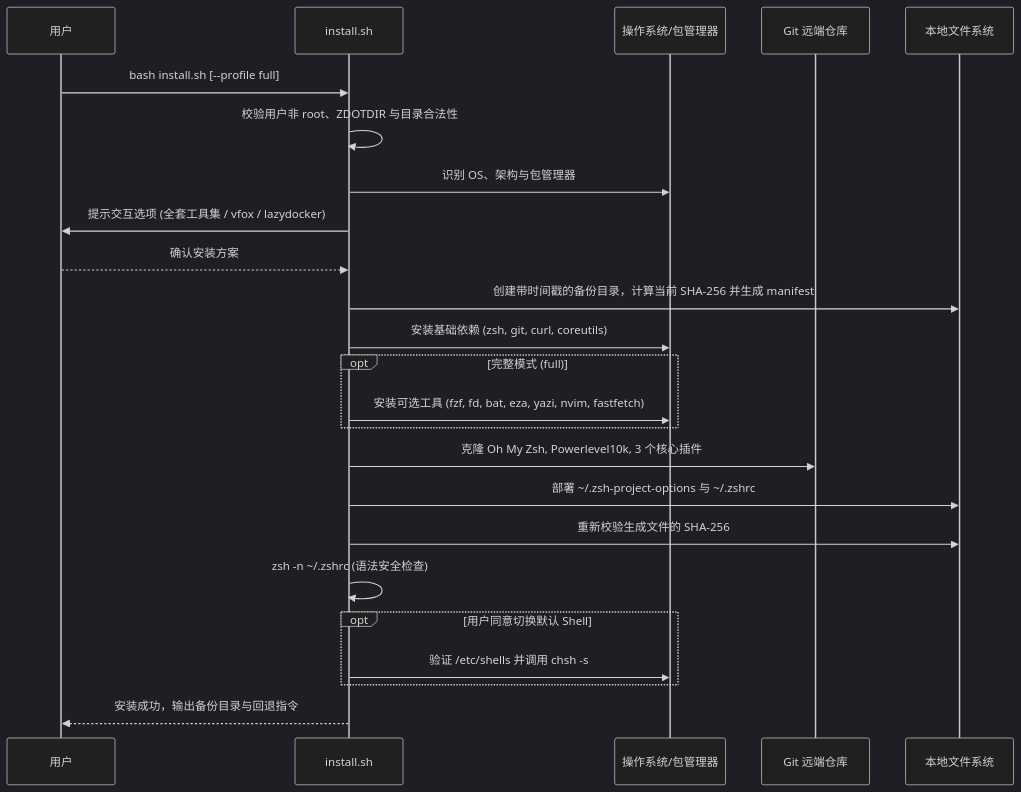
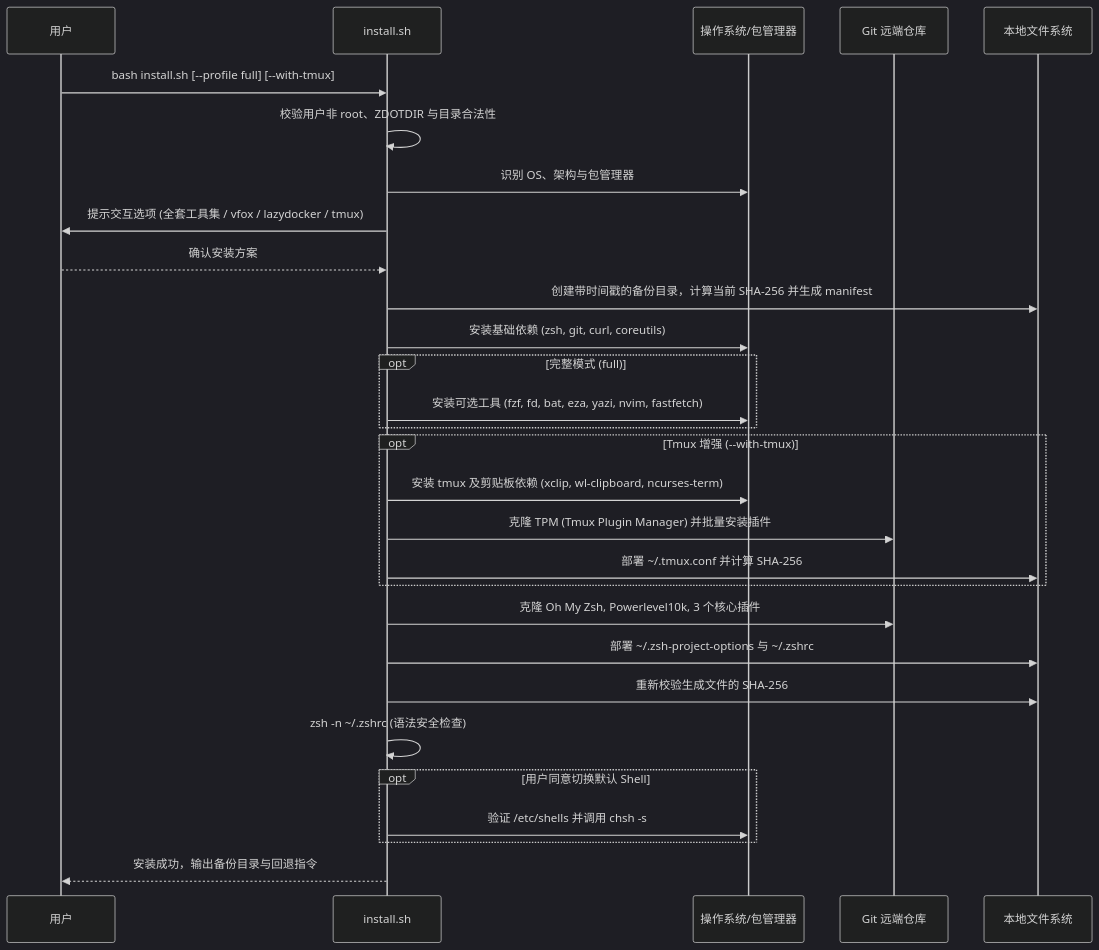
Before and after one commit to vicky-clair/xao_Rui_is-one-lick-configuration-script-for-ZSH: the second of 3 diagrams in DEVELOPMENT.md, drawn with Mermaid (dark theme). The commit also changed other lines of this file and 9 other files, not shown here.

````diff
--- a/DEVELOPMENT.md
+++ b/DEVELOPMENT.md
@@ -223,27 +223,32 @@
 ```mermaid
 sequenceDiagram
     participant User as 用户
     participant Installer as install.sh
     participant System as 操作系统/包管理器
     participant Git as Git 远端仓库
     participant FS as 本地文件系统
 
-    User->>Installer: bash install.sh [--profile full]
+    User->>Installer: bash install.sh [--profile full] [--with-tmux]
     Installer->>Installer: 校验用户非 root、ZDOTDIR 与目录合法性
     Installer->>System: 识别 OS、架构与包管理器
-    Installer->>User: 提示交互选项 (全套工具集 / vfox / lazydocker)
+    Installer->>User: 提示交互选项 (全套工具集 / vfox / lazydocker / tmux)
     User-->>Installer: 确认安装方案
     Installer->>FS: 创建带时间戳的备份目录，计算当前 SHA-256 并生成 manifest
     Installer->>System: 安装基础依赖 (zsh, git, curl, coreutils)
     opt 完整模式 (full)
         Installer->>System: 安装可选工具 (fzf, fd, bat, eza, yazi, nvim, fastfetch)
+    end
+    opt Tmux 增强 (--with-tmux)
+        Installer->>System: 安装 tmux 及剪贴板依赖 (xclip, wl-clipboard, ncurses-term)
+        Installer->>Git: 克隆 TPM (Tmux Plugin Manager) 并批量安装插件
+        Installer->>FS: 部署 ~/.tmux.conf 并计算 SHA-256
     end
     Installer->>Git: 克隆 Oh My Zsh, Powerlevel10k, 3 个核心插件
     Installer->>FS: 部署 ~/.zsh-project-options 与 ~/.zshrc
     Installer->>FS: 重新校验生成文件的 SHA-256
     Installer->>Installer: zsh -n ~/.zshrc (语法安全检查)
     opt 用户同意切换默认 Shell
         Installer->>System: 验证 /etc/shells 并调用 chsh -s
     end
     Installer-->>User: 安装成功，输出备份目录与回退指令
 ```
````
